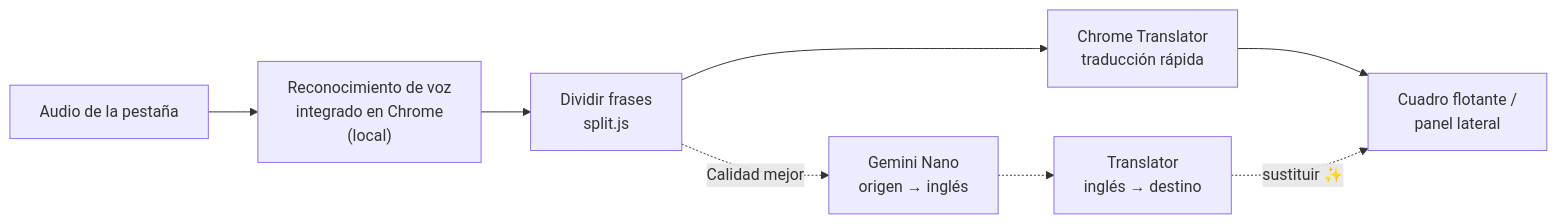
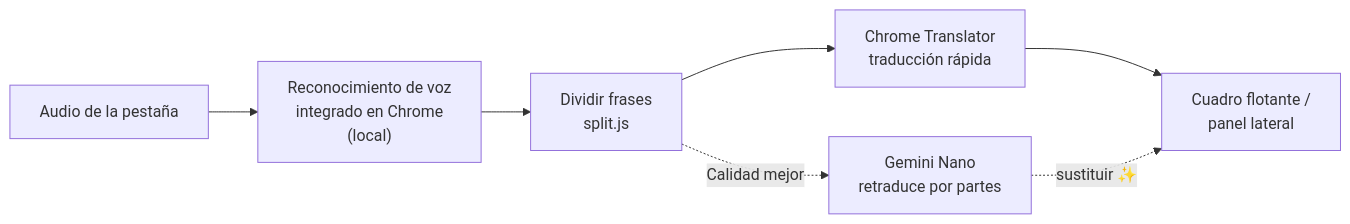
The diagram in README.es.md (Ashur5457/freelivesub), drawn with Mermaid before and after one commit. The commit also changed other lines of this file and 13 other files, not shown here.

````diff
--- a/README.es.md
+++ b/README.es.md
@@ -41,10 +41,9 @@
 ```mermaid
 flowchart LR
   TAB["Audio de la pestaña"] --> SR["Reconocimiento de voz<br/>integrado en Chrome<br/>(local)"]
   SR --> SPLIT["Dividir frases<br/>split.js"]
   SPLIT --> TR["Chrome Translator<br/>traducción rápida"]
   TR --> SUB["Cuadro flotante /<br/>panel lateral"]
-  SPLIT -. Calidad mejor .-> NANO["Gemini Nano<br/>origen → inglés"]
-  NANO -.-> TR2["Translator<br/>inglés → destino"]
-  TR2 -. sustituir ✨ .-> SUB
+  SPLIT -. Calidad mejor .-> NANO["Gemini Nano<br/>retraduce por partes"]
+  NANO -. sustituir ✨ .-> SUB
 ```
````
